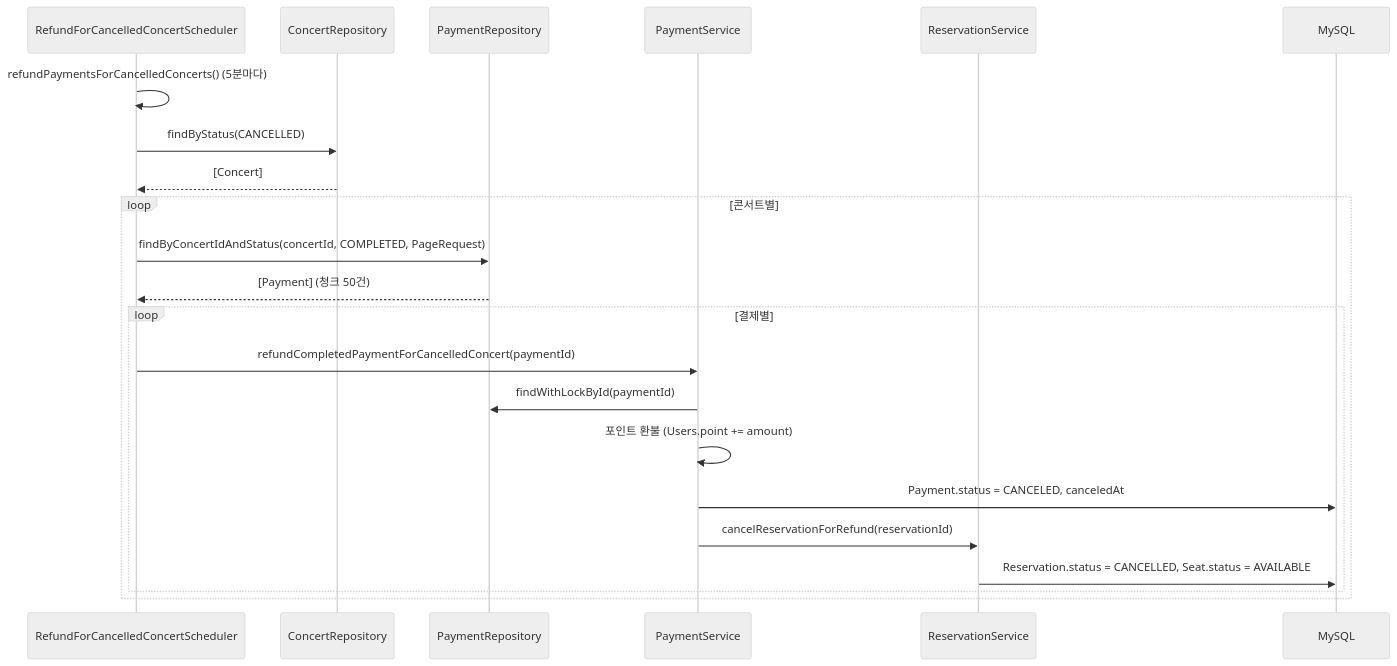
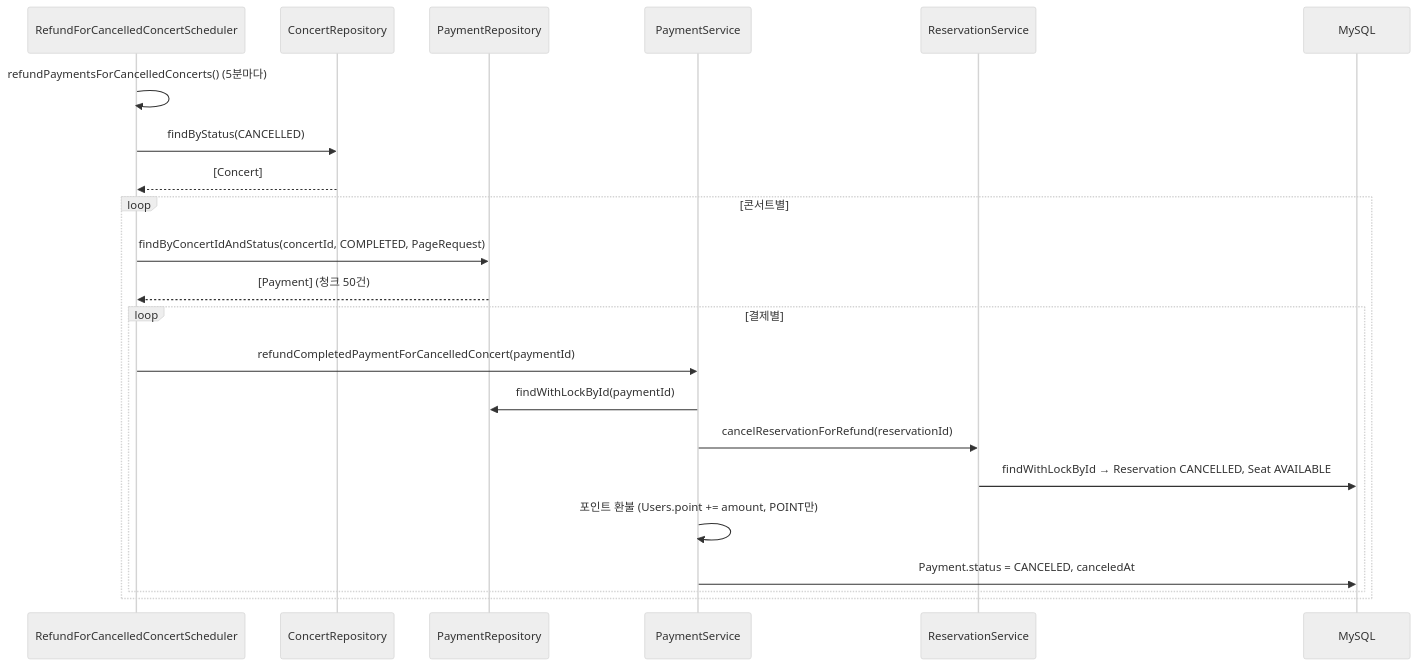
The sixth of 12 diagrams in docs/architecture.md (kiy3035/Ticketing), drawn with Mermaid (neutral theme) before and after one commit. The commit also changed other lines of this file and 17 other files, not shown here.

````diff
--- a/docs/architecture.md
+++ b/docs/architecture.md
@@ -359,25 +350,25 @@
 ```mermaid
 sequenceDiagram
     participant SCH as RefundForCancelledConcertScheduler
     participant CR as ConcertRepository
     participant PR as PaymentRepository
     participant PSvc as PaymentService
     participant RSvc as ReservationService
     participant DB as MySQL
 
     SCH->>SCH: refundPaymentsForCancelledConcerts() (5분마다)
     SCH->>CR: findByStatus(CANCELLED)
     CR-->>SCH: [Concert]
     loop 콘서트별
         SCH->>PR: findByConcertIdAndStatus(concertId, COMPLETED, PageRequest)
         PR-->>SCH: [Payment] (청크 50건)
         loop 결제별
             SCH->>PSvc: refundCompletedPaymentForCancelledConcert(paymentId)
             PSvc->>PR: findWithLockById(paymentId)
-            PSvc->>PSvc: 포인트 환불 (Users.point += amount)
+            PSvc->>RSvc: cancelReservationForRefund(reservationId)
+            RSvc->>DB: findWithLockById → Reservation CANCELLED, Seat AVAILABLE
+            PSvc->>PSvc: 포인트 환불 (Users.point += amount, POINT만)
             PSvc->>DB: Payment.status = CANCELED, canceledAt
-            PSvc->>RSvc: cancelReservationForRefund(reservationId)
-            RSvc->>DB: Reservation.status = CANCELLED, Seat.status = AVAILABLE
         end
     end
 ```
````
